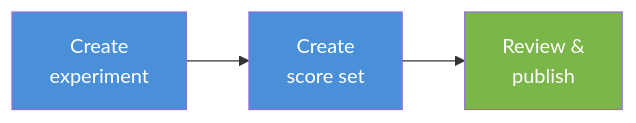
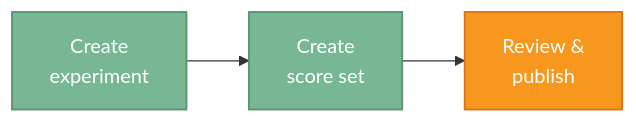
One commit to VariantEffect/mavedb-ui changed the diagram in docs/content/submitting-data/index.md. Above: the diagram before and after it, drawn with Mermaid. The commit also changed 3 other files, not shown here.

First line of the commit message:
docs: color diagrams with the brand palette

````diff
--- a/docs/content/submitting-data/index.md
+++ b/docs/content/submitting-data/index.md
@@ -15,9 +15,9 @@
 ```mermaid
 graph LR
     A["Create<br/>experiment"] --> B["Create<br/>score set"]
     B --> C["Review &<br/>publish"]
 
-    style A fill:#4a90d9,color:#fff
-    style B fill:#4a90d9,color:#fff
-    style C fill:#7ab648,color:#fff
+    style A fill:#78b793,color:#fff,stroke:#5a9375,stroke-width:1.5px
+    style B fill:#78b793,color:#fff,stroke:#5a9375,stroke-width:1.5px
+    style C fill:#f8971d,color:#fff,stroke:#d97510,stroke-width:1.5px
 ```
````
